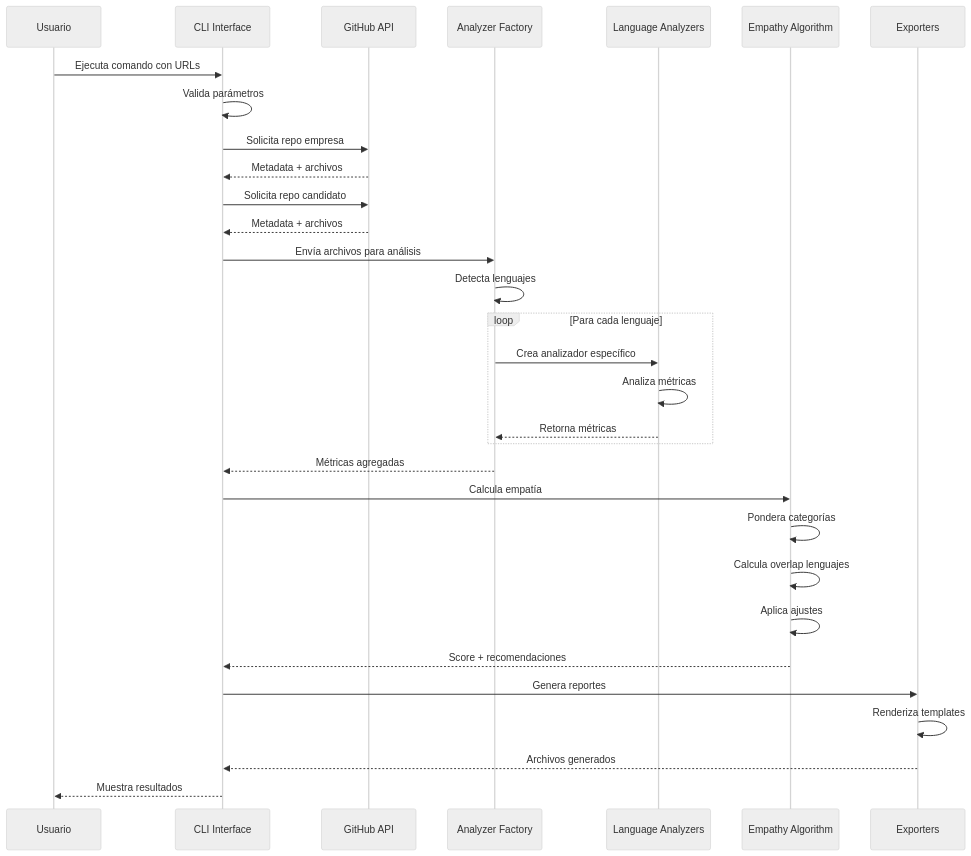
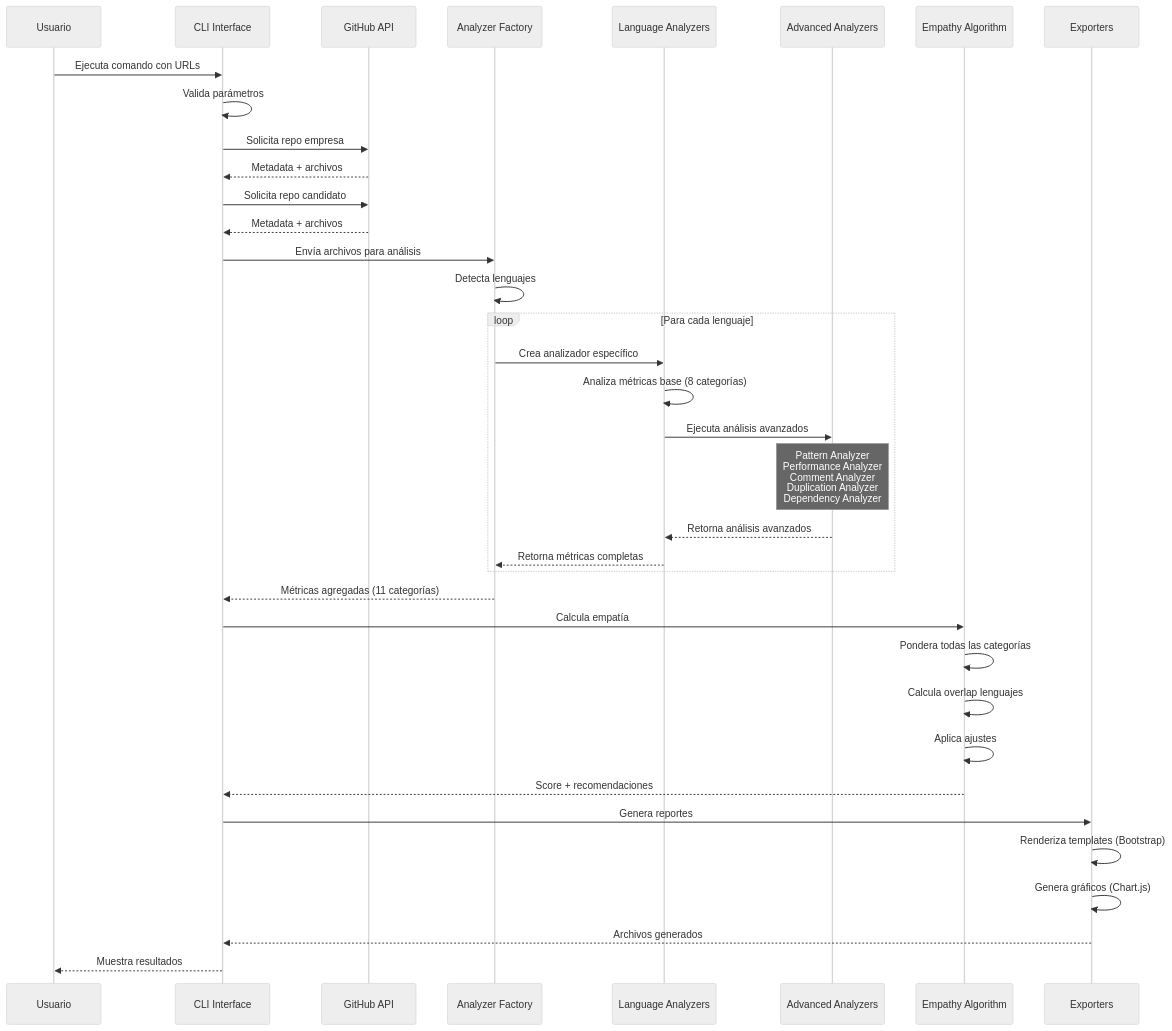
One commit to 686f6c61/Repo-Code-Empathizer changed the second of 3 diagrams in README.md. Above: the diagram before and after it, drawn with Mermaid (neutral theme). The commit also changed other lines of this file, not shown here.

````diff
--- a/README.md
+++ b/README.md
@@ -192,40 +340,47 @@
 ```mermaid
 sequenceDiagram
     participant U as Usuario
     participant CLI as CLI Interface
     participant GH as GitHub API
     participant AF as Analyzer Factory
     participant LA as Language Analyzers
+    participant AA as Advanced Analyzers
     participant EA as Empathy Algorithm
     participant EX as Exporters
     
     U->>CLI: Ejecuta comando con URLs
     CLI->>CLI: Valida parámetros
     CLI->>GH: Solicita repo empresa
     GH-->>CLI: Metadata + archivos
     CLI->>GH: Solicita repo candidato
     GH-->>CLI: Metadata + archivos
     
     CLI->>AF: Envía archivos para análisis
     AF->>AF: Detecta lenguajes
     
     loop Para cada lenguaje
         AF->>LA: Crea analizador específico
-        LA->>LA: Analiza métricas
-        LA-->>AF: Retorna métricas
+        LA->>LA: Analiza métricas base (8 categorías)
+        LA->>AA: Ejecuta análisis avanzados
+        
+        Note over AA: Pattern Analyzer<br/>Performance Analyzer<br/>Comment Analyzer<br/>Duplication Analyzer<br/>Dependency Analyzer
+        
+        AA-->>LA: Retorna análisis avanzados
+        LA-->>AF: Retorna métricas completas
     end
     
-    AF-->>CLI: Métricas agregadas
+    AF-->>CLI: Métricas agregadas (11 categorías)
     
     CLI->>EA: Calcula empatía
-    EA->>EA: Pondera categorías
+    EA->>EA: Pondera todas las categorías
     EA->>EA: Calcula overlap lenguajes
     EA->>EA: Aplica ajustes
     EA-->>CLI: Score + recomendaciones
     
     CLI->>EX: Genera reportes
-    EX->>EX: Renderiza templates
+    EX->>EX: Renderiza templates (Bootstrap)
+    EX->>EX: Genera gráficos (Chart.js)
     EX-->>CLI: Archivos generados
     
     CLI-->>U: Muestra resultados
 ```
````
